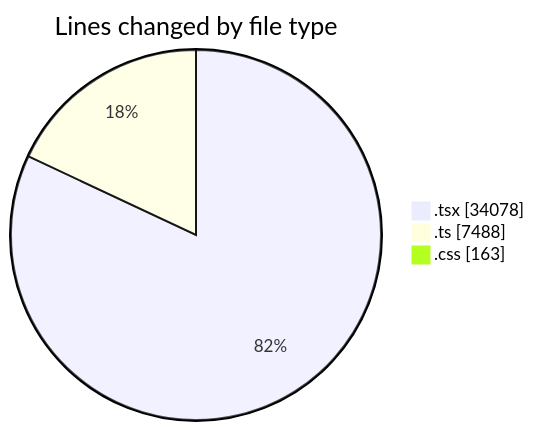
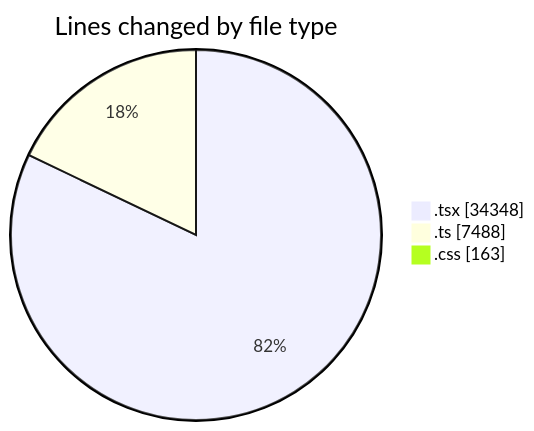
The first of 2 diagrams in 2026-08-23/nxtqube_webapp/README.md (nxtqubesakshisongat/code-tracking), drawn with Mermaid before and after one commit. The commit also changed other lines of this file and 1 other file, not shown here.

````diff
--- a/2026-08-23/nxtqube_webapp/README.md
+++ b/2026-08-23/nxtqube_webapp/README.md
@@ -91,7 +92,7 @@
 ```mermaid
 pie showData
 title Lines changed by file type
-".tsx" : 34078
+".tsx" : 34348
 ".ts" : 7488
 ".css" : 163
 ```
````
